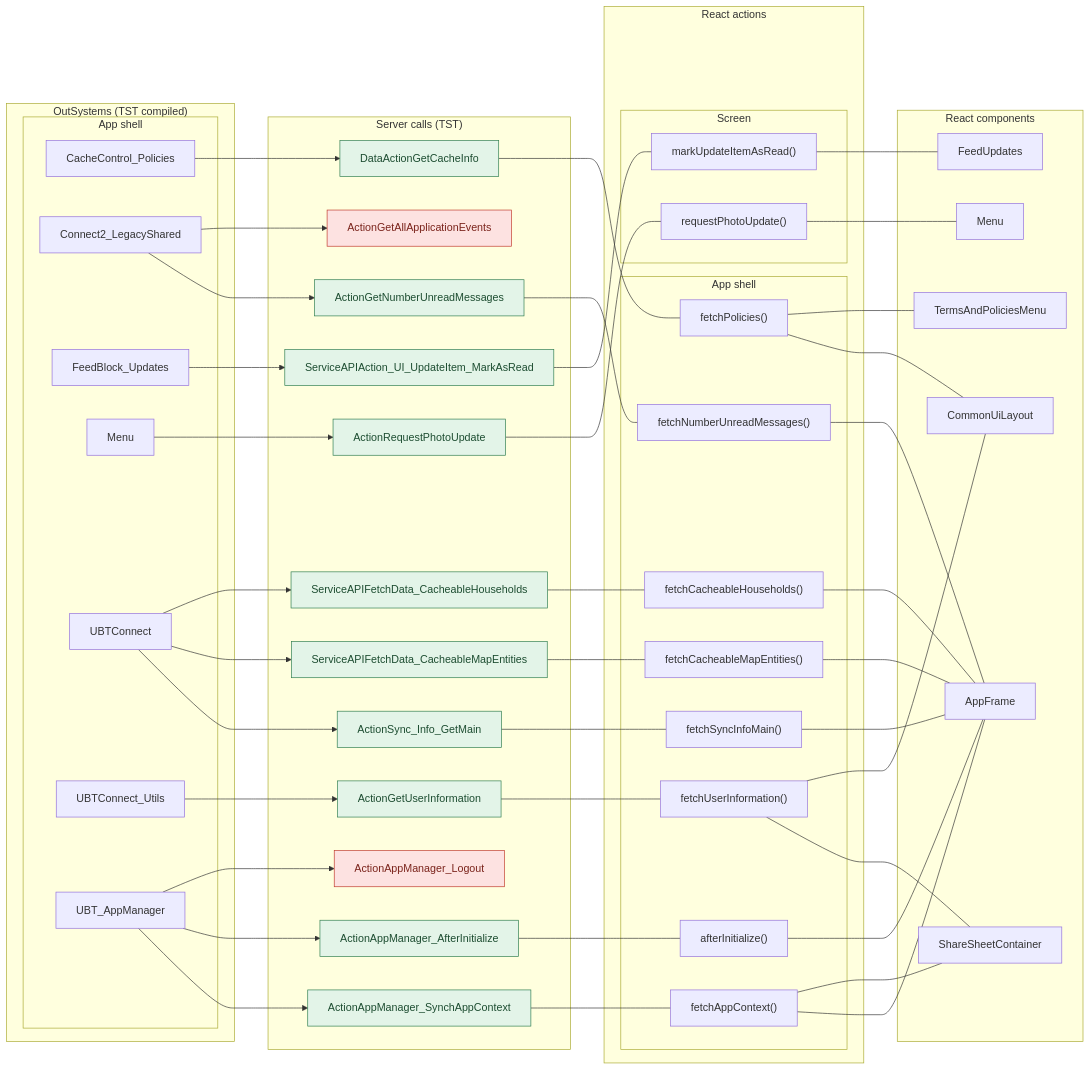
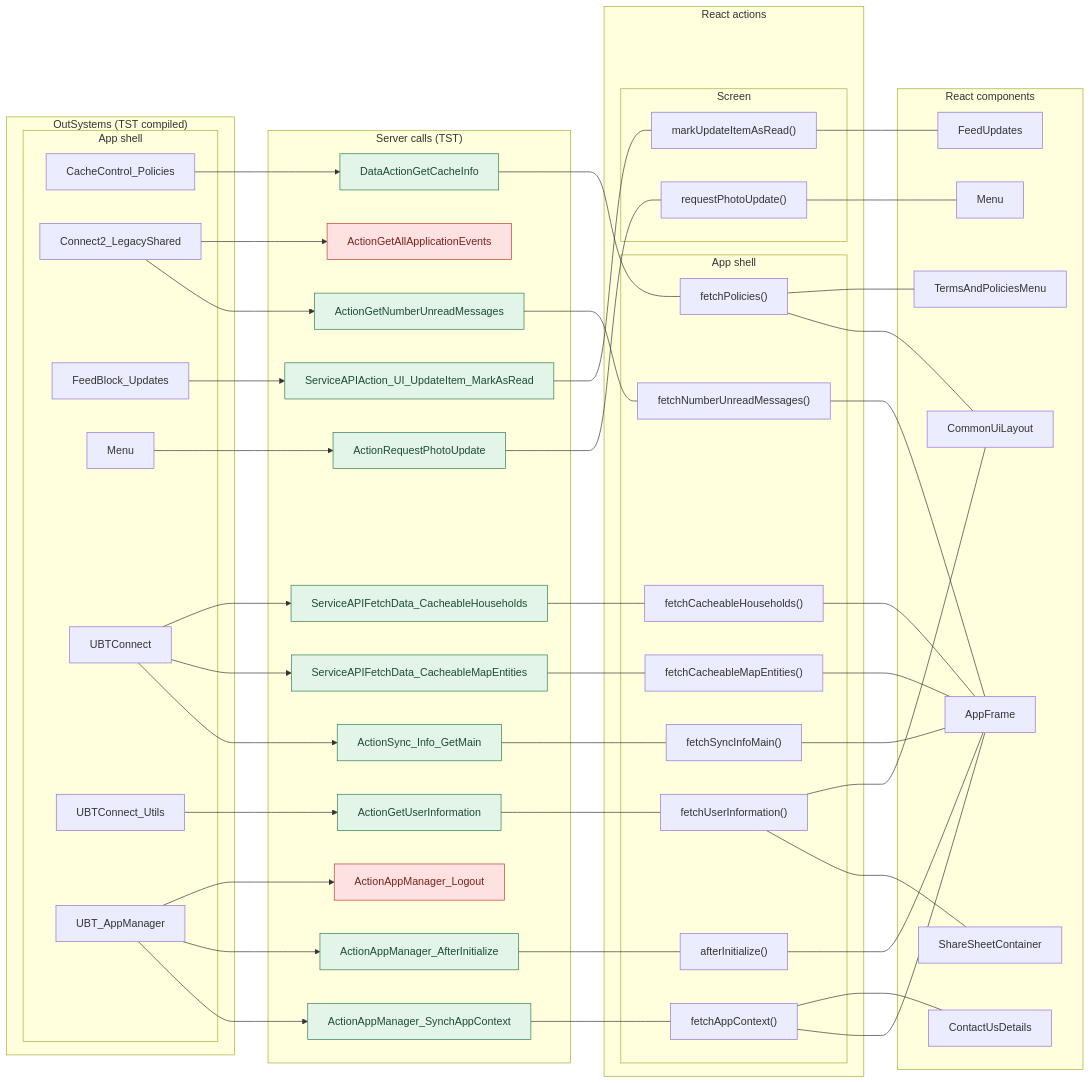
One commit to Phoenix-DX/connect-new-ui changed the first of 18 diagrams in route-actions/APP_SHELL.md. Above: the diagram before and after it, drawn with Mermaid. The commit also changed other lines of this file and 9 other files, not shown here.

Commit message:
route actions: ContactUsDetails checked (4 calls, 0 missing, 3 questions); tool: tel: links, previous screen, FeedbackMessage actions, JS node action proxies, functions given to then/setTimeout, hook-returned handlers; raiseToFlowHandler is not an effect

````diff
--- a/route-actions/APP_SHELL.md
+++ b/route-actions/APP_SHELL.md
@@ -32,12 +32,12 @@
     e7["ActionAppManager_SynchAppContext"]
     e8["ActionAppManager_AfterInitialize"]
     e9["ActionSync_Info_GetMain"]
-    e10["ActionGetUserInformation"]
-    e11["ActionGetNumberUnreadMessages"]
-    e12["ServiceAPIFetchData_CacheableMapEntities"]
-    e13["ServiceAPIFetchData_CacheableHouseholds"]
-    e14["ServiceAPIAction_UI_UpdateItem_MarkAsRead"]
-    e15["ActionGetAllApplicationEvents"]
+    e10["ActionGetNumberUnreadMessages"]
+    e11["ServiceAPIFetchData_CacheableMapEntities"]
+    e12["ServiceAPIFetchData_CacheableHouseholds"]
+    e13["ActionGetAllApplicationEvents"]
+    e14["ActionGetUserInformation"]
+    e15["ServiceAPIAction_UI_UpdateItem_MarkAsRead"]
     e16["ActionRequestPhotoUpdate"]
     e17["ActionAppManager_Logout"]
     e18["DataActionGetCacheInfo"]
@@ -61,10 +61,11 @@
   subgraph RC["React components"]
     c29["AppFrame"]
     c30["CommonUiLayout"]
-    c31["FeedUpdates"]
-    c32["Menu"]
-    c33["ShareSheetContainer"]
-    c34["TermsAndPoliciesMenu"]
+    c31["ContactUsDetails"]
+    c32["FeedUpdates"]
+    c33["Menu"]
+    c34["ShareSheetContainer"]
+    c35["TermsAndPoliciesMenu"]
   end
   r19 --- c29
   r20 --- c29
@@ -72,37 +73,37 @@
   r22 --- c29
   r23 --- c29
   r25 --- c29
-  r20 --- c33
-  r26 --- c33
+  r20 --- c31
+  r26 --- c34
   r24 --- c30
   r26 --- c30
-  r27 --- c31
-  r28 --- c32
-  r24 --- c34
+  r27 --- c32
+  r28 --- c33
+  r24 --- c35
   o6 --> e7
   o6 --> e8
   o6 --> e17
   o4 --> e9
+  o4 --> e11
   o4 --> e12
-  o4 --> e13
-  o5 --> e10
-  o1 --> e11
-  o1 --> e15
-  o2 --> e14
+  o1 --> e10
+  o1 --> e13
+  o5 --> e14
+  o2 --> e15
   o3 --> e16
   o0 --> e18
   e7 --- r20
   e8 --- r19
   e9 --- r25
-  e10 --- r26
-  e11 --- r23
-  e12 --- r22
-  e13 --- r21
-  e14 --- r27
+  e10 --- r23
+  e11 --- r22
+  e12 --- r21
+  e14 --- r26
+  e15 --- r27
   e16 --- r28
   e18 --- r24
   classDef missing fill:#fde2e1,stroke:#c0392b,color:#7b241c
   classDef ok fill:#e3f4e8,stroke:#2e7d4f,color:#1d4d31
-  class e15,e17 missing
-  class e7,e8,e9,e10,e11,e12,e13,e14,e16,e18 ok
+  class e13,e17 missing
+  class e7,e8,e9,e10,e11,e12,e14,e15,e16,e18 ok
 ```
````
